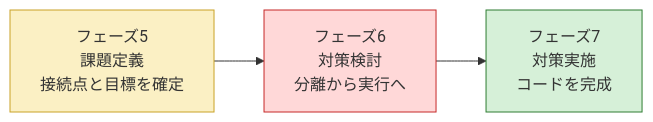
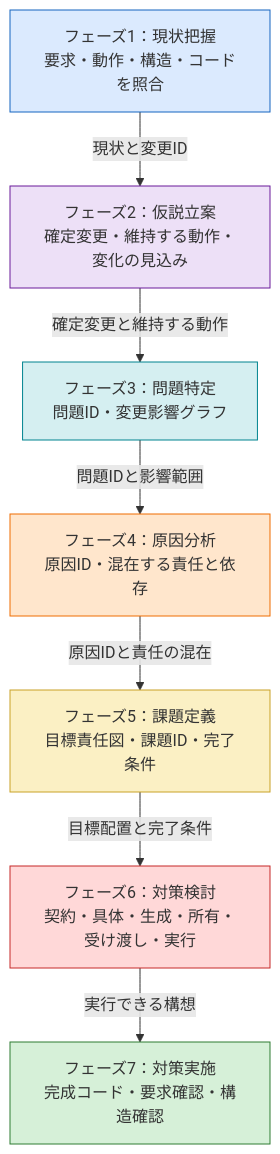
One commit to kumachan1101-pixel/DesignPattern changed the fifth of 15 diagrams in kindle/design-patterns/books/volume01-core-patterns/output/02-chapter00.md. Above: the diagram before and after it, drawn with Mermaid. The commit also changed other lines of this file and 17 other files, not shown here.

Commit message:
序章と第0章の構造図を改善

````diff
--- a/kindle/design-patterns/books/volume01-core-patterns/output/02-chapter00.md
+++ b/kindle/design-patterns/books/volume01-core-patterns/output/02-chapter00.md
@@ -156,11 +210,25 @@
 ```mermaid
-flowchart LR
-    PH5["フェーズ5<br>課題定義<br>接続点と目標を確定"]
-    PH6["フェーズ6<br>対策検討<br>分離から実行へ"]
-    PH7["フェーズ7<br>対策実施<br>コードを完成"]
-    PH5 --> PH6 --> PH7
+flowchart TB
+    PH1["フェーズ1：現状把握<br>要求・動作・構造・コードを照合"]
+    PH2["フェーズ2：仮説立案<br>確定変更・維持する動作・変化の見込み"]
+    PH3["フェーズ3：問題特定<br>問題ID・変更影響グラフ"]
+    PH4["フェーズ4：原因分析<br>原因ID・混在する責任と依存"]
+    PH5["フェーズ5：課題定義<br>目標責任図・課題ID・完了条件"]
+    PH6["フェーズ6：対策検討<br>契約・具体・生成・所有・受け渡し・実行"]
+    PH7["フェーズ7：対策実施<br>完成コード・要求確認・構造確認"]
 
+    PH1 -->|現状と変更ID| PH2
+    PH2 -->|確定変更と維持する動作| PH3
+    PH3 -->|問題IDと影響範囲| PH4
+    PH4 -->|原因IDと責任の混在| PH5
+    PH5 -->|目標配置と完了条件| PH6
+    PH6 -->|実行できる構想| PH7
+
+    style PH1 fill:#dbeafe,stroke:#1565c0
+    style PH2 fill:#ede0f7,stroke:#6a1b9a
+    style PH3 fill:#d5eff1,stroke:#00838f
+    style PH4 fill:#ffe6cc,stroke:#ef6c00
     style PH5 fill:#fbf0c4,stroke:#c9a227
     style PH6 fill:#ffd8d8,stroke:#c62828
     style PH7 fill:#d6f0d8,stroke:#2e7d32
 ```
````
